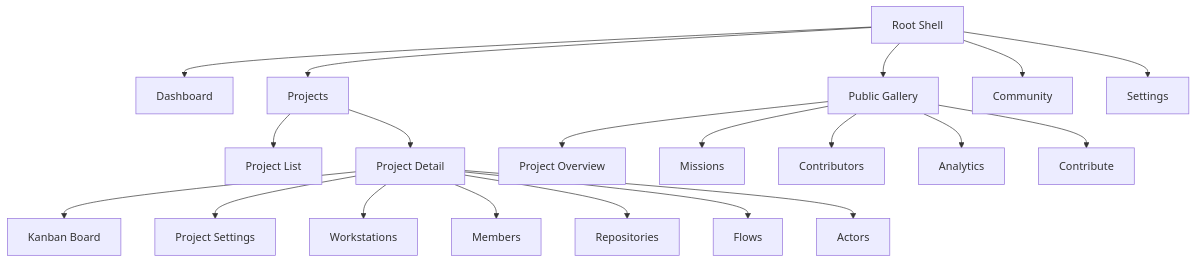
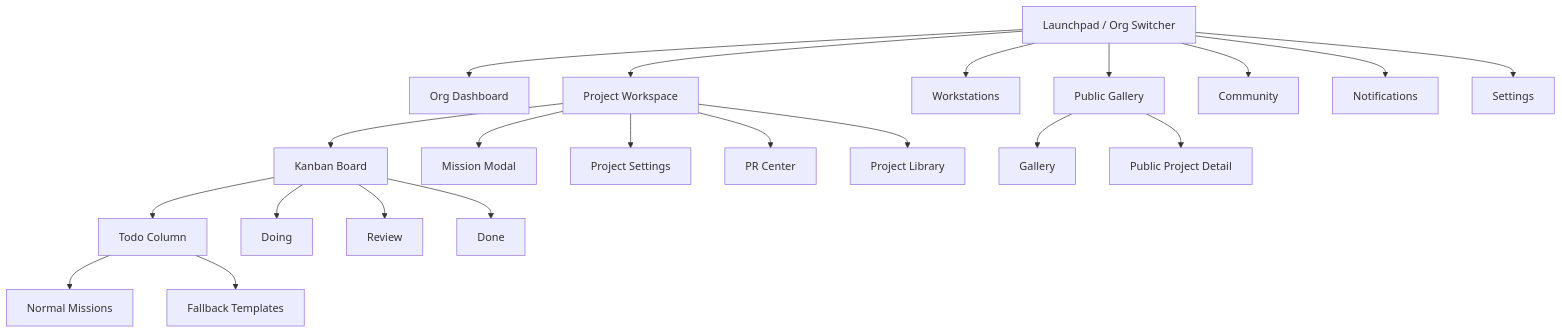
The diagram in .solo/designs/20-gui/web.md (ivawzh/v0-bun-hono-tanstack-router), drawn with Mermaid before and after one commit. The commit also changed other lines of this file and 33 other files, not shown here.

````diff
--- a/.solo/designs/20-gui/web.md
+++ b/.solo/designs/20-gui/web.md
@@ -6,25 +13,27 @@
 ```mermaid
 graph TD
-  A[Root Shell] --> B[Dashboard]
-  A --> C[Projects]
-  A --> D[Public Gallery]
-  A --> E[Community]
-  A --> F[Settings]
+  L[Launchpad / Org Switcher]
+  L --> OD[Org Dashboard]
+  L --> PW[Project Workspace]
+  L --> WK[Workstations]
+  L --> PG[Public Gallery]
+  L --> CM[Community]
+  L --> NO[Notifications]
+  L --> ST[Settings]
 
-  C --> C1[Project List]
-  C --> C2[Project Detail]
+  PW --> KB[Kanban Board]
+  KB --> KB1[Todo Column]
+  KB1 --> KB1a[Normal Missions]
+  KB1 --> KB1b[Fallback Templates]
+  KB --> KB2[Doing]
+  KB --> KB3[Review]
+  KB --> KB4[Done]
 
-  C2 --> C2a[Kanban Board]
-  C2 --> C2b[Project Settings]
-  C2 --> C2c[Workstations]
-  C2 --> C2d[Members]
-  C2 --> C2e[Repositories]
-  C2 --> C2f[Flows]
-  C2 --> C2g[Actors]
+  PW --> MM[Mission Modal]
+  PW --> PS[Project Settings]
+  PW --> PR[PR Center]
+  PW --> PL[Project Library]
 
-  D --> D1[Project Overview]
-  D --> D2[Missions]
-  D --> D3[Contributors]
-  D --> D4[Analytics]
-  D --> D5[Contribute]
+  PG --> PG1[Gallery]
+  PG --> PG2[Public Project Detail]
 ```
````
